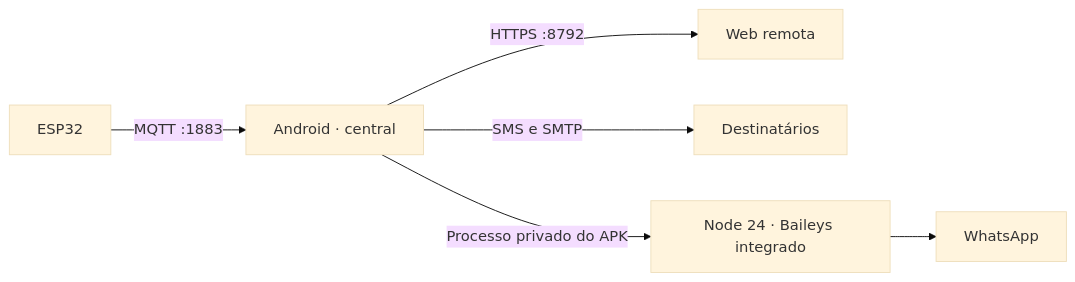
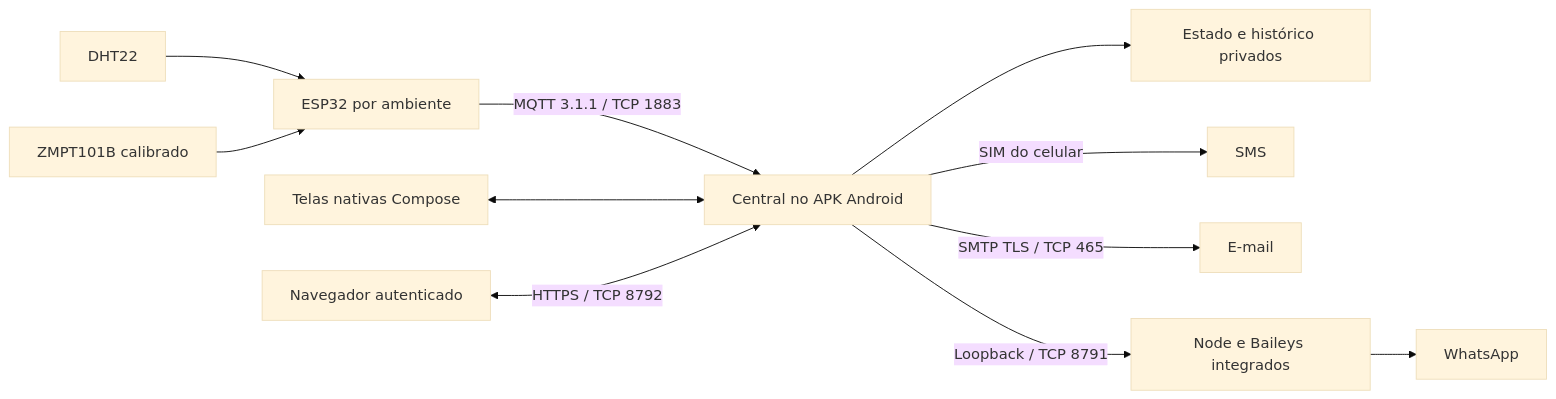
The diagram in README.md (ThHSzR/winterhold), drawn with Mermaid (base theme) before and after one commit. The commit also changed other lines of this file and 2 other files, not shown here.

````diff
--- a/README.md
+++ b/README.md
@@ -7,8 +57,13 @@
 ```mermaid
 flowchart LR
-    ESP[ESP32] -->|MQTT :1883| APK[Android · central]
-    APK -->|HTTPS :8792| WEB[Web remota]
-    APK -->|SMS e SMTP| DEST[Destinatários]
-    APK -->|Processo privado do APK| NODE[Node 24 · Baileys integrado]
+    DHT[DHT22] --> ESP[ESP32 por ambiente]
+    ZMPT[ZMPT101B calibrado] --> ESP
+    ESP -->|MQTT 3.1.1 / TCP 1883| CENTRAL[Central no APK Android]
+    UI[Telas nativas Compose] <--> CENTRAL
+    WEB[Navegador autenticado] <-->|HTTPS / TCP 8792| CENTRAL
+    CENTRAL --> STATE[Estado e histórico privados]
+    CENTRAL -->|SIM do celular| SMS[SMS]
+    CENTRAL -->|SMTP TLS / TCP 465| EMAIL[E-mail]
+    CENTRAL -->|Loopback / TCP 8791| NODE[Node e Baileys integrados]
     NODE --> WA[WhatsApp]
 ```
````
